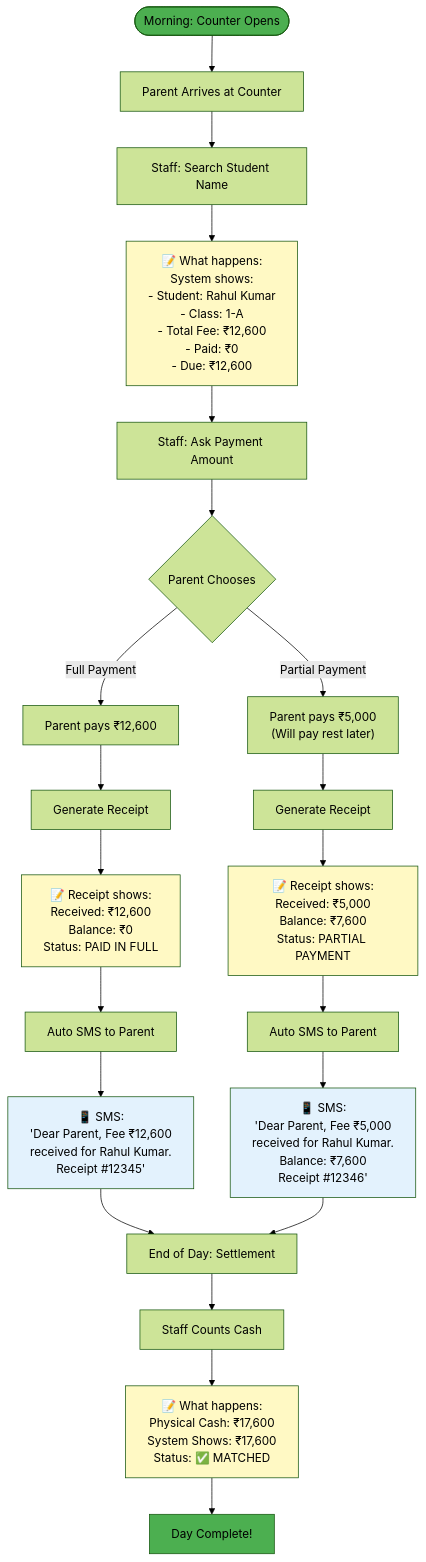
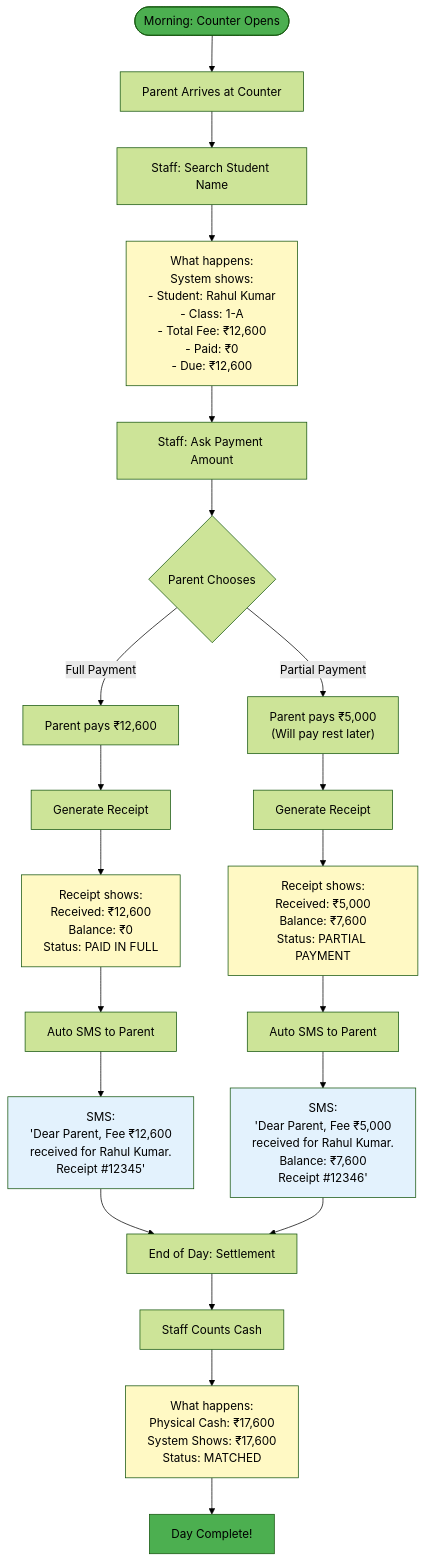
The second of 4 diagrams in docs/BEGINNERS_GUIDE.md (Armaan42/fee_management), drawn with Mermaid (forest theme) before and after one commit. The commit also changed other lines of this file, not shown here.

````diff
--- a/docs/BEGINNERS_GUIDE.md
+++ b/docs/BEGINNERS_GUIDE.md
@@ -112,44 +112,44 @@
 ```mermaid
 flowchart TD
     Morning([Morning: Counter Opens]) --> Parent1[Parent Arrives at Counter]
     
     Parent1 --> Staff1[Staff: Search Student Name]
-    Staff1 --> Explain1["📝 What happens:<br/>System shows:<br/>- Student: Rahul Kumar<br/>- Class: 1-A<br/>- Total Fee: ₹12,600<br/>- Paid: ₹0<br/>- Due: ₹12,600"]
+    Staff1 --> Explain1[" What happens:<br/>System shows:<br/>- Student: Rahul Kumar<br/>- Class: 1-A<br/>- Total Fee: ₹12,600<br/>- Paid: ₹0<br/>- Due: ₹12,600"]
     
     Explain1 --> Staff2[Staff: Ask Payment Amount]
     Staff2 --> ParentChoice{Parent Chooses}
     
     ParentChoice -->|Full Payment| FullPay["Parent pays ₹12,600"]
     ParentChoice -->|Partial Payment| PartialPay["Parent pays ₹5,000<br/>(Will pay rest later)"]
     
     FullPay --> Receipt1[Generate Receipt]
     PartialPay --> Receipt2[Generate Receipt]
     
-    Receipt1 --> Explain2["📝 Receipt shows:<br/>Received: ₹12,600<br/>Balance: ₹0<br/>Status: PAID IN FULL"]
+    Receipt1 --> Explain2[" Receipt shows:<br/>Received: ₹12,600<br/>Balance: ₹0<br/>Status: PAID IN FULL"]
     
-    Receipt2 --> Explain3["📝 Receipt shows:<br/>Received: ₹5,000<br/>Balance: ₹7,600<br/>Status: PARTIAL PAYMENT"]
+    Receipt2 --> Explain3[" Receipt shows:<br/>Received: ₹5,000<br/>Balance: ₹7,600<br/>Status: PARTIAL PAYMENT"]
     
     Explain2 --> SMS1[Auto SMS to Parent]
     Explain3 --> SMS2[Auto SMS to Parent]
     
-    SMS1 --> SMSText1["📱 SMS:<br/>'Dear Parent, Fee ₹12,600<br/>received for Rahul Kumar.<br/>Receipt #12345'"]
+    SMS1 --> SMSText1[" SMS:<br/>'Dear Parent, Fee ₹12,600<br/>received for Rahul Kumar.<br/>Receipt #12345'"]
     
-    SMS2 --> SMSText2["📱 SMS:<br/>'Dear Parent, Fee ₹5,000<br/>received for Rahul Kumar.<br/>Balance: ₹7,600<br/>Receipt #12346'"]
+    SMS2 --> SMSText2[" SMS:<br/>'Dear Parent, Fee ₹5,000<br/>received for Rahul Kumar.<br/>Balance: ₹7,600<br/>Receipt #12346'"]
     
     SMSText1 --> DayEnd[End of Day: Settlement]
     SMSText2 --> DayEnd
     
     DayEnd --> Count[Staff Counts Cash]
-    Count --> Explain4["📝 What happens:<br/>Physical Cash: ₹17,600<br/>System Shows: ₹17,600<br/>Status: ✅ MATCHED"]
+    Count --> Explain4[" What happens:<br/>Physical Cash: ₹17,600<br/>System Shows: ₹17,600<br/>Status:  MATCHED"]
     
     Explain4 --> Complete[Day Complete!]
     
     style Morning fill:#4CAF50
     style Complete fill:#4CAF50
     style Explain1 fill:#FFF9C4
     style Explain2 fill:#FFF9C4
     style Explain3 fill:#FFF9C4
     style Explain4 fill:#FFF9C4
     style SMSText1 fill:#E3F2FD
     style SMSText2 fill:#E3F2FD
 ```
````
